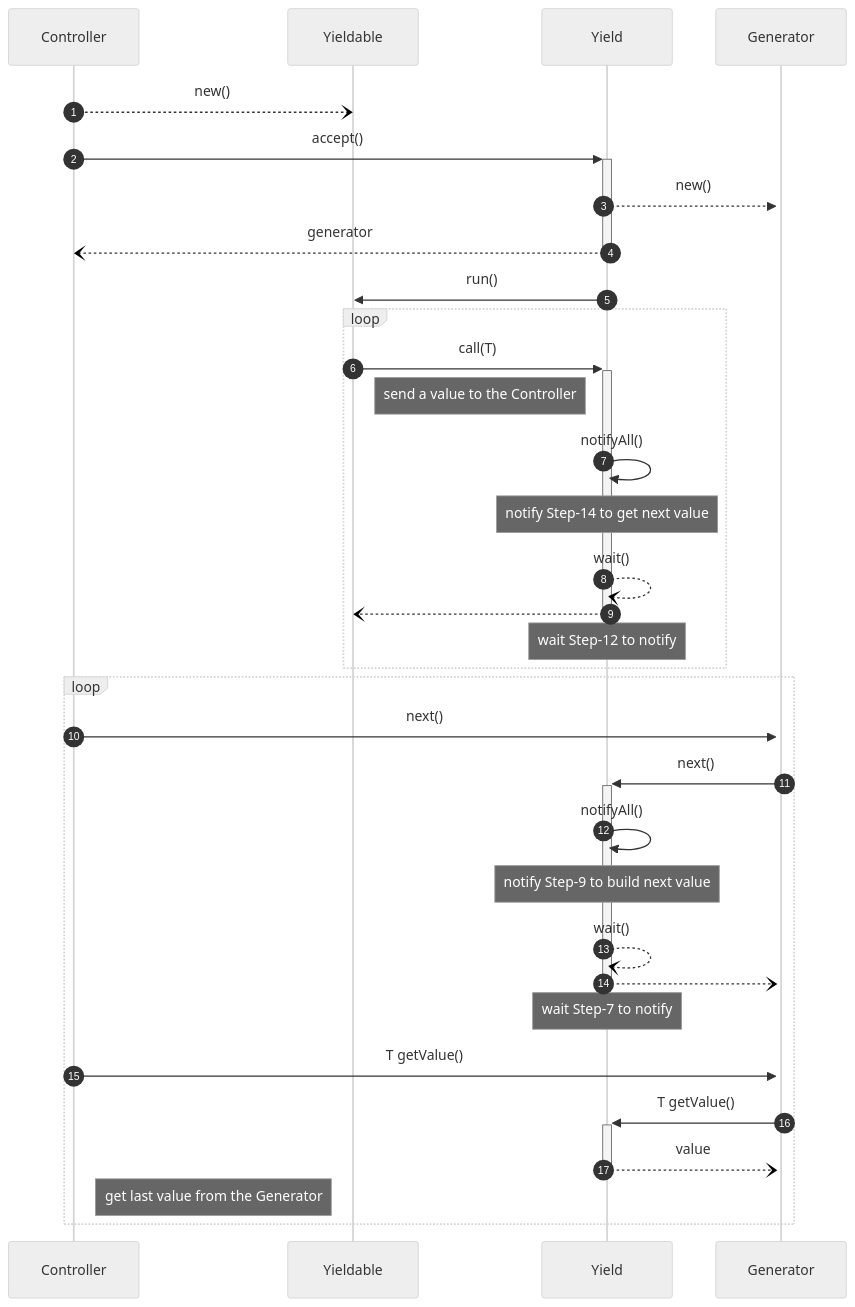
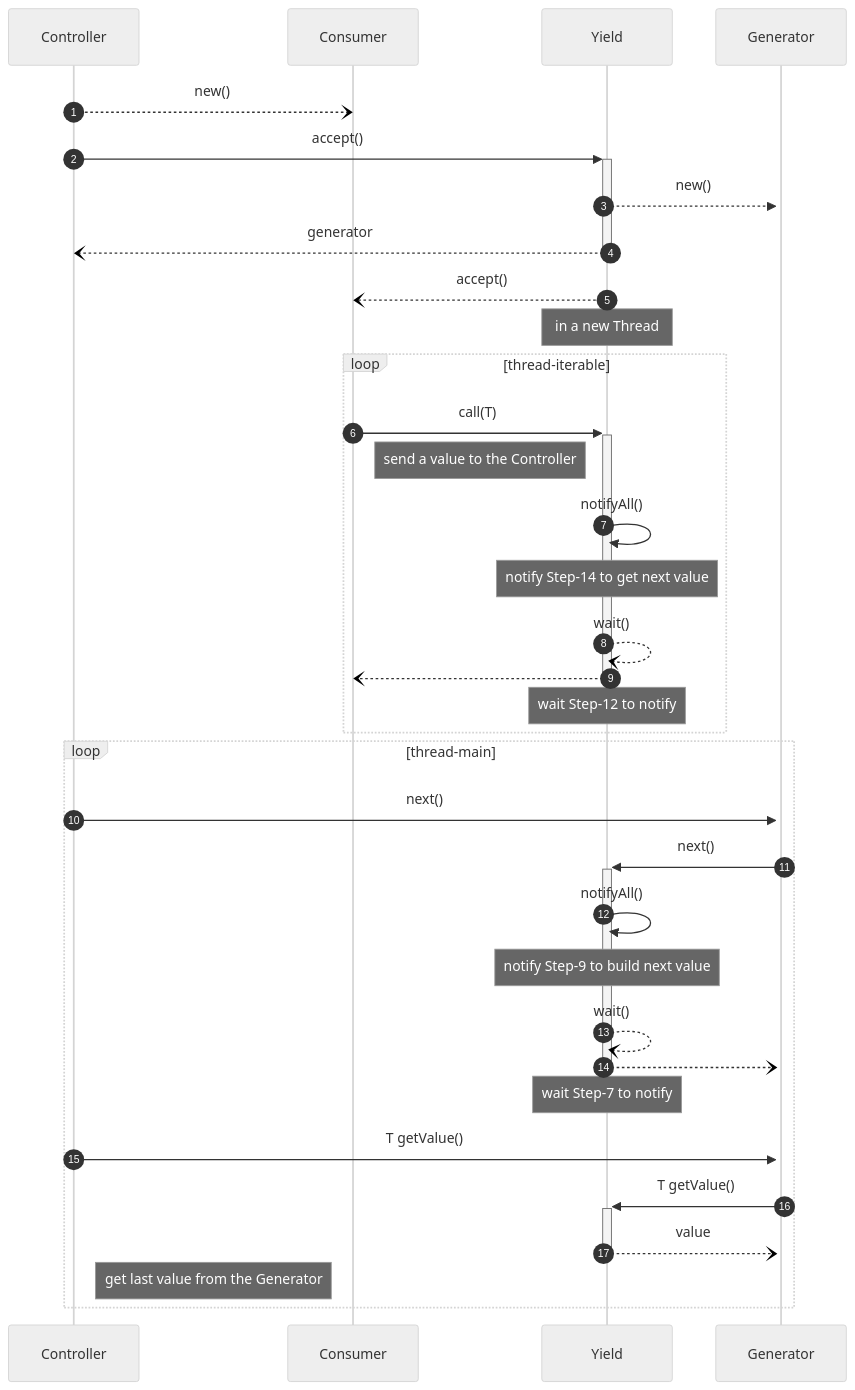
One commit to uia4j/uia-sim changed the second of 11 diagrams in README.md. Above: the diagram before and after it, drawn with Mermaid (neutral theme). The commit also changed other lines of this file and 3 other files, not shown here.

````diff
--- a/README.md
+++ b/README.md
@@ -132,34 +133,35 @@
 ```mermaid
 sequenceDiagram
     autonumber
-    Controller --) Yieldable: new()
+    Controller --) Consumer: new()
     Controller ->> +Yield: accept()
     Yield -->> +Generator: new()
     Yield --) -Controller: generator
 
-    Yield ->> Yieldable: run()
-    loop
-        Yieldable ->> +Yield: call(T)
-        note right of Yieldable: send a value to the Controller
+    Yield --) Consumer: accept()
+    note over Yield: in a new Thread
+    loop thread-iterable
+        Consumer ->> +Yield: call(T)
+        note right of Consumer: send a value to the Controller
         Yield ->> Yield: notifyAll()
         note over Yield: notify Step-14 to get next value
         Yield --) Yield: wait()
-        Yield --) -Yieldable: 
+        Yield --) -Consumer: 
         note over Yield: wait Step-12 to notify
     end
 
-    loop
+    loop thread-main
         Controller ->> Generator: next()
         Generator ->> +Yield: next()
         Yield ->> Yield: notifyAll()
         note over Yield: notify Step-9 to build next value
         Yield --) Yield: wait()
         Yield --) -Generator: 
         note over Yield: wait Step-7 to notify
         Controller ->> Generator: T getValue()
         Generator ->> +Yield: T getValue()
         Yield --) -Generator: value
         note right of Controller: get last value from the Generator
     end    
 
 ```
````
